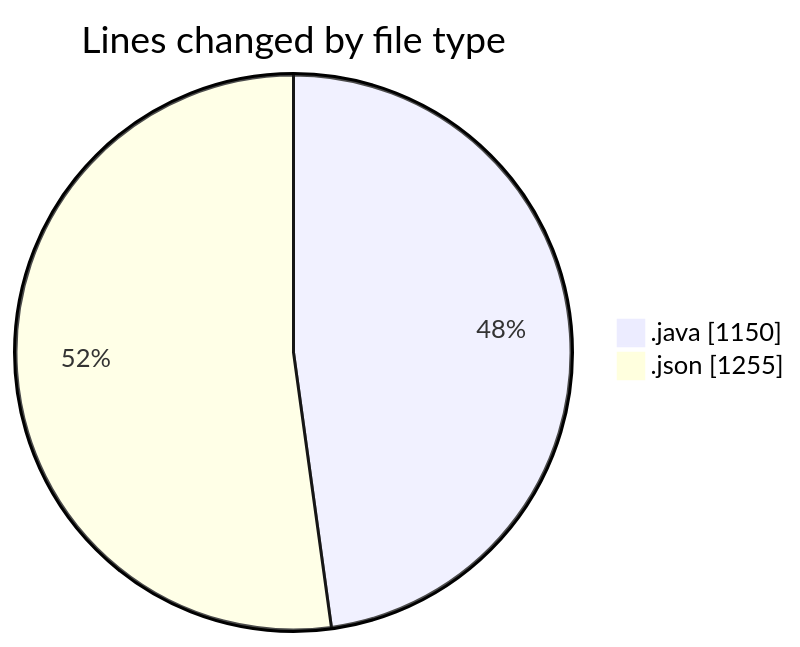
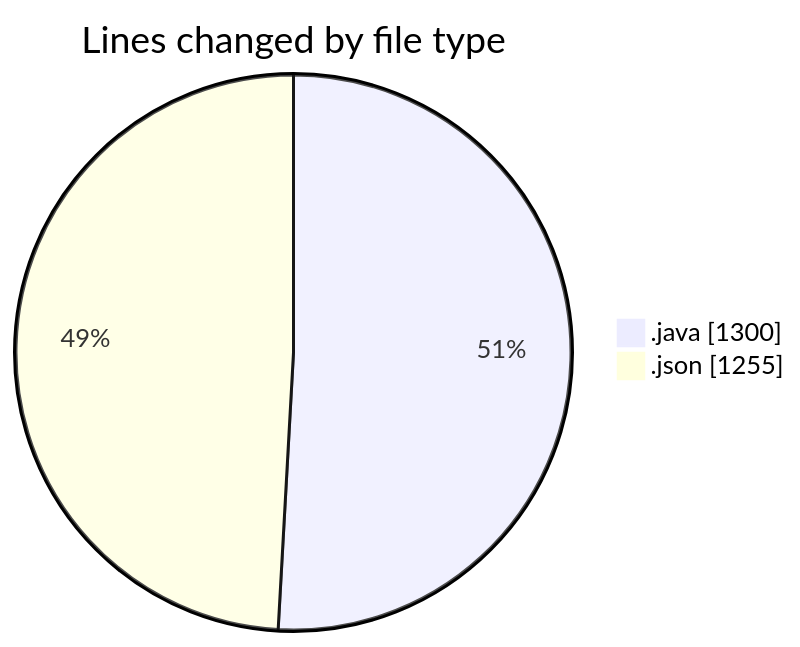
One commit to ricardozamudiocil/code-tracking changed the first of 2 diagrams in 2026-07-08/cilapp/README.md. Above: the diagram before and after it, drawn with Mermaid. The commit also changed other lines of this file and 1 other file, not shown here.

````diff
--- a/2026-07-08/cilapp/README.md
+++ b/2026-07-08/cilapp/README.md
@@ -23,6 +23,6 @@
 ```mermaid
 pie showData
 title Lines changed by file type
-".java" : 1150
+".java" : 1300
 ".json" : 1255
 ```
````
